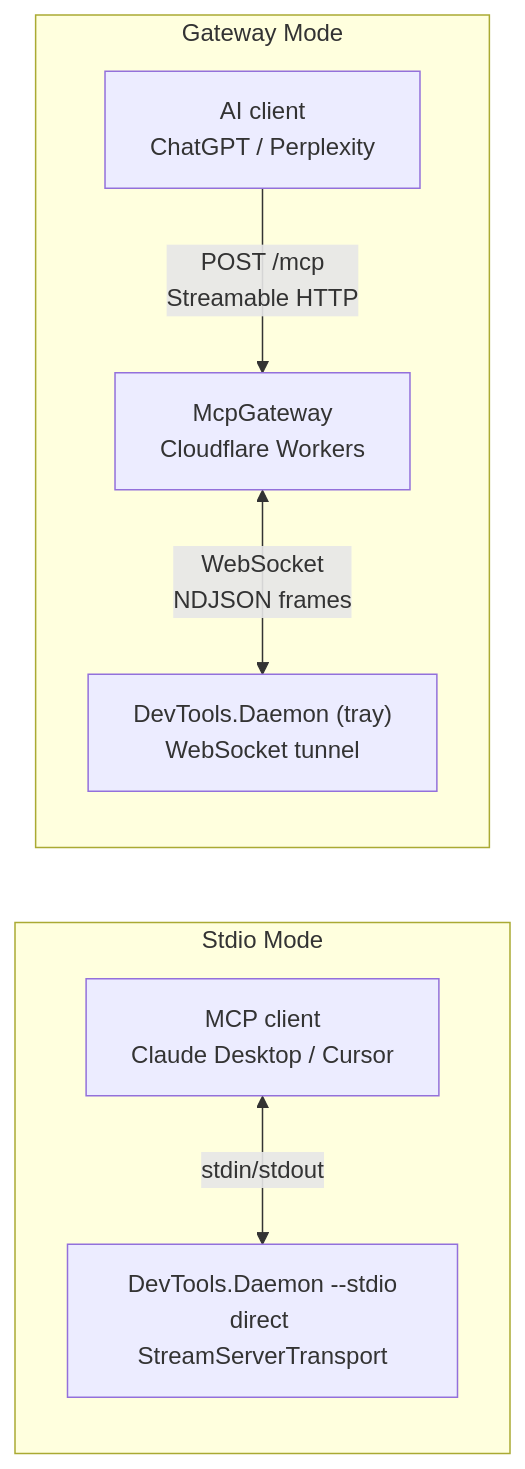
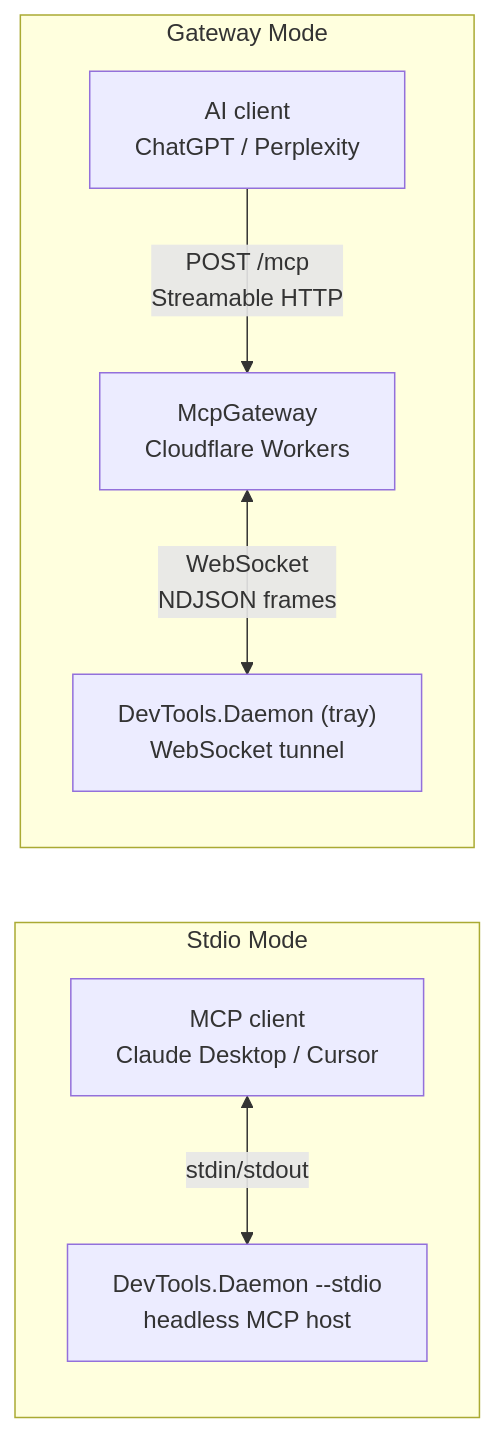
One commit to trgiangv/RevitDevTool changed the first of 2 diagrams in docs/MCP/transport.md. Above: the diagram before and after it, drawn with Mermaid. The commit also changed other lines of this file and 4 other files, not shown here.

````diff
--- a/docs/MCP/transport.md
+++ b/docs/MCP/transport.md
@@ -5,16 +5,16 @@
 ```mermaid
 flowchart LR
     subgraph Stdio Mode
         Client1["MCP client<br/>Claude Desktop / Cursor"]
-        Daemon1["DevTools.Daemon --stdio<br/>direct StreamServerTransport"]
+        Daemon1["DevTools.Daemon --stdio<br/>headless MCP host"]
         Client1 <-->|stdin/stdout| Daemon1
     end
 
     subgraph Gateway Mode
         Client2["AI client<br/>ChatGPT / Perplexity"]
         Gateway["McpGateway<br/>Cloudflare Workers"]
         Daemon2["DevTools.Daemon (tray)<br/>WebSocket tunnel"]
         Client2 -->|"POST /mcp<br/>Streamable HTTP"| Gateway
         Gateway <-->|"WebSocket<br/>NDJSON frames"| Daemon2
     end
 ```
````
